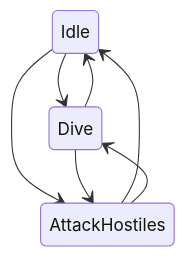
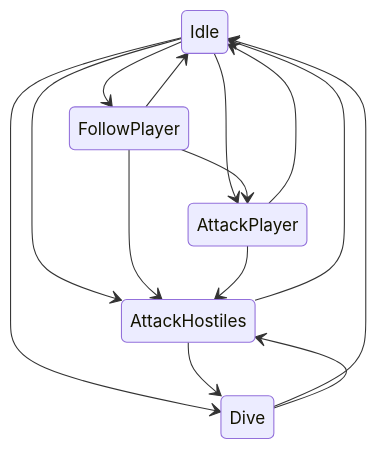
The diagram in README.md (AkagawaTsurunaki/KonekoMinecraftBot), drawn with Mermaid before and after one commit.

Commit message:
docs: 同步状态机示意图

````diff
--- a/README.md
+++ b/README.md
@@ -5,30 +5,20 @@
 ```mermaid
 stateDiagram
-%%    Main(Idle) --> SearchFood
-%%    SearchFood  --> Eat
-%%    SearchFood --> Hunting
-%%    Hunting --> Cooking
-%%    Cooking --> SearchFood
-%%    SearchFood --> Harvest
-%%    Harvest --> Crafting
-%%    Crafting --> Eat
+    Idle --> AttackHostiles
+    Idle --> Dive
+    Idle --> FollowPlayer
+    Idle --> AttackPlayer
+
+    FollowPlayer --> Idle
+    FollowPlayer --> AttackHostiles
+    FollowPlayer --> AttackPlayer
+
+    AttackHostiles --> Idle
+    AttackHostiles --> Dive
     
-%%    Main(Idle) --> FollowPlayer
-%%    FollowPlayer --> Main(Idle)
-%%
-%%    Main(Idle) --> AttackHostiles
-%%    AttackHostiles --> FollowPlayer
-%%    AttackHostiles --> Dive
-%%
-%%    Main(Idle) --> Dive
-%%    Dive --> Main(Idle)
-%%
-%%    Main(Idle) --> AttackPlayer
-%%    AttackPlayer --> Main(Idle)
-    Idle --> Dive
+    AttackPlayer --> Idle
+    AttackPlayer --> AttackHostiles
+    
     Dive --> Idle
-    Idle --> AttackHostiles
-    AttackHostiles --> Idle
     Dive --> AttackHostiles
-    AttackHostiles --> Dive
 ```
````
